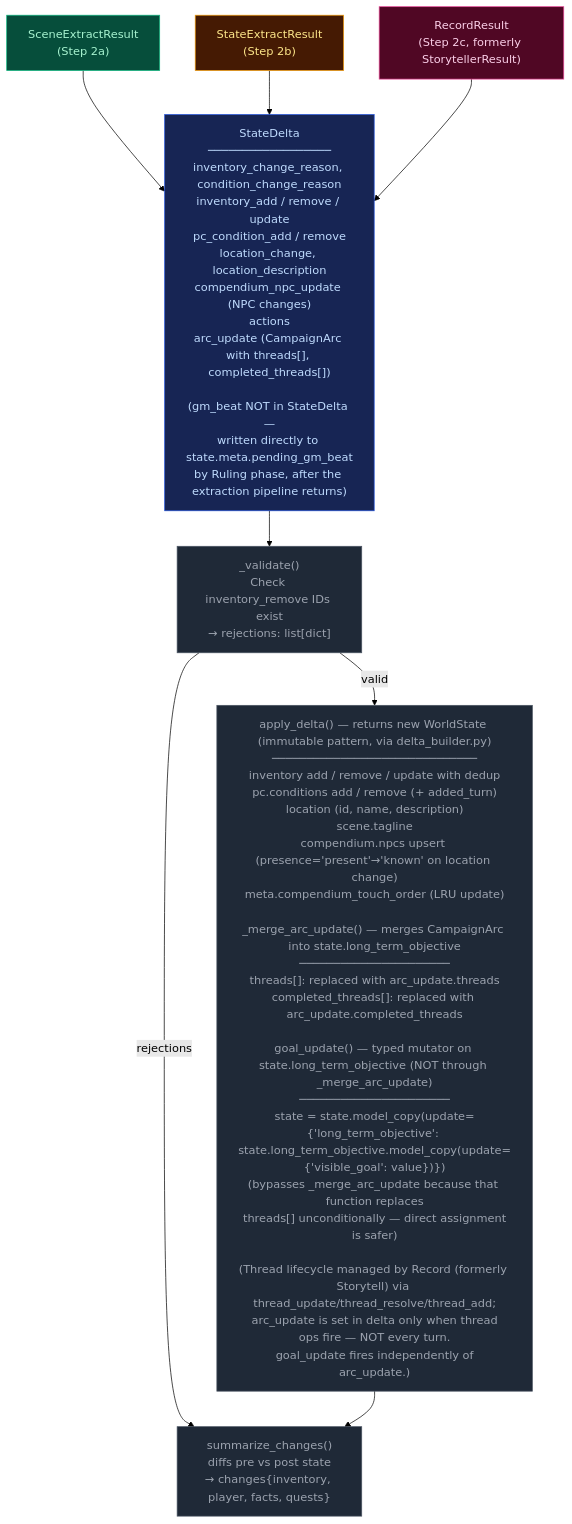
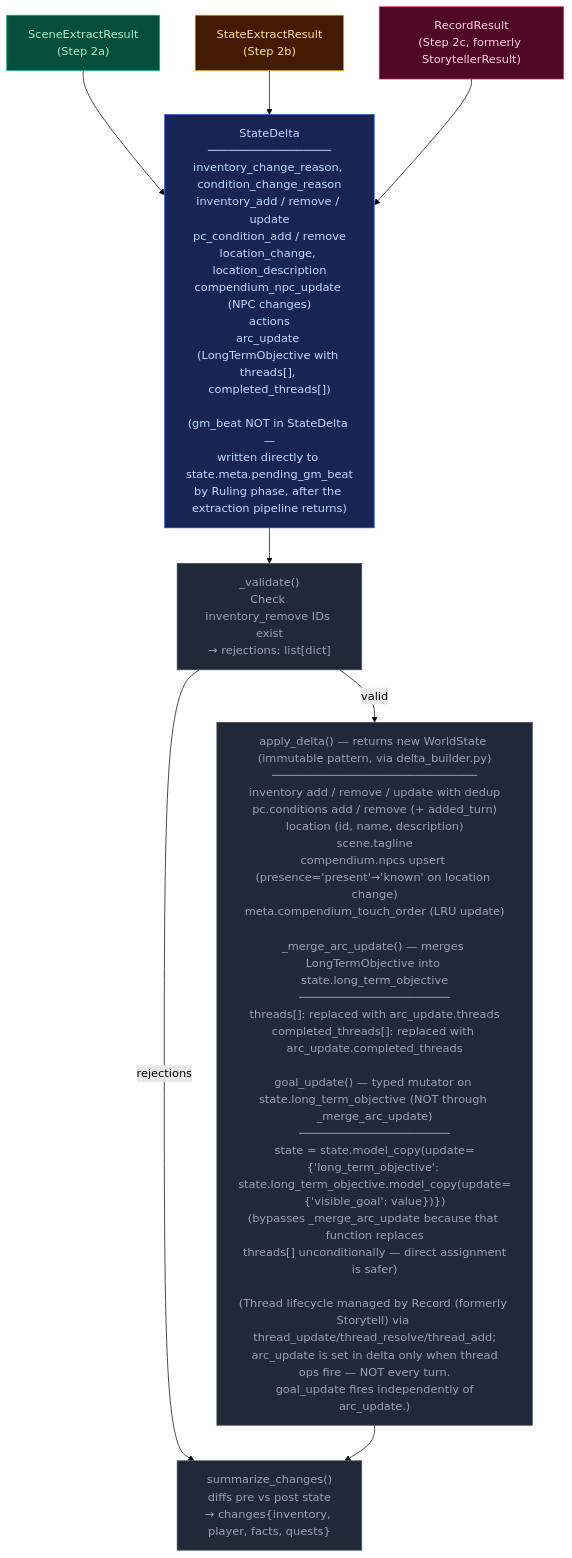
Before and after one commit to pww217/fablethread: the diagram in docs/architecture/delta-validate.md, drawn with Mermaid (forest theme). The commit also changed 5 other files, not shown here.

First line of the commit message:
docs: update CampaignArc→LongTermObjective and storytell_system→record_system references

````diff
--- a/docs/architecture/delta-validate.md
+++ b/docs/architecture/delta-validate.md
@@ -7,28 +7,28 @@
 ```mermaid
 flowchart TD
     classDef stageScene    fill:#064e3b,color:#a7f3d0,stroke:#10b981
     classDef stageState    fill:#451a03,color:#fde68a,stroke:#f59e0b
     classDef stageProgress fill:#500724,color:#fbcfe8,stroke:#ec4899
     classDef pyNode        fill:#1f2937,color:#9ca3af,stroke:#4b5563
     classDef mergeNode     fill:#172554,color:#bfdbfe,stroke:#1d4ed8
 
     SR1["SceneExtractResult<br>(Step 2a)"]:::stageScene
     SR2["StateExtractResult<br>(Step 2b)"]:::stageState
     SR3["RecordResult<br>(Step 2c, formerly StorytellerResult)"]:::stageProgress
 
-    MERGE["StateDelta<br>──────────────────<br>inventory_change_reason, condition_change_reason<br>inventory_add / remove / update<br>pc_condition_add / remove<br>location_change, location_description<br>compendium_npc_update (NPC changes)<br>actions<br>arc_update (CampaignArc with threads[], completed_threads[])<br><br>(gm_beat NOT in StateDelta —<br>written directly to state.meta.pending_gm_beat<br>by Ruling phase, after the extraction pipeline returns)"]:::mergeNode
+    MERGE["StateDelta<br>──────────────────<br>inventory_change_reason, condition_change_reason<br>inventory_add / remove / update<br>pc_condition_add / remove<br>location_change, location_description<br>compendium_npc_update (NPC changes)<br>actions<br>arc_update (LongTermObjective with threads[], completed_threads[])<br><br>(gm_beat NOT in StateDelta —<br>written directly to state.meta.pending_gm_beat<br>by Ruling phase, after the extraction pipeline returns)"]:::mergeNode
 
     VALIDATE["_validate()<br>Check inventory_remove IDs exist<br>→ rejections: list[dict]"]:::pyNode
 
-    APPLY["apply_delta() — returns new WorldState (immutable pattern, via delta_builder.py)<br>──────────────────────────────<br>inventory add / remove / update with dedup<br>pc.conditions add / remove (+ added_turn)<br>location (id, name, description)<br>scene.tagline<br>compendium.npcs upsert (presence='present'→'known' on location change)<br>meta.compendium_touch_order (LRU update)<br><br>_merge_arc_update() — merges CampaignArc into state.long_term_objective<br>──────────────────────<br>threads[]: replaced with arc_update.threads<br>completed_threads[]: replaced with arc_update.completed_threads<br><br>goal_update() — typed mutator on state.long_term_objective (NOT through _merge_arc_update)<br>──────────────────────<br>state = state.model_copy(update={'long_term_objective': state.long_term_objective.model_copy(update={'visible_goal': value})})<br>(bypasses _merge_arc_update because that function replaces<br> threads[] unconditionally — direct assignment is safer)<br><br>(Thread lifecycle managed by Record (formerly Storytell) via thread_update/thread_resolve/thread_add;<br> arc_update is set in delta only when thread ops fire — NOT every turn.<br> goal_update fires independently of arc_update.)"]:::pyNode
+    APPLY["apply_delta() — returns new WorldState (immutable pattern, via delta_builder.py)<br>──────────────────────────────<br>inventory add / remove / update with dedup<br>pc.conditions add / remove (+ added_turn)<br>location (id, name, description)<br>scene.tagline<br>compendium.npcs upsert (presence='present'→'known' on location change)<br>meta.compendium_touch_order (LRU update)<br><br>_merge_arc_update() — merges LongTermObjective into state.long_term_objective<br>──────────────────────<br>threads[]: replaced with arc_update.threads<br>completed_threads[]: replaced with arc_update.completed_threads<br><br>goal_update() — typed mutator on state.long_term_objective (NOT through _merge_arc_update)<br>──────────────────────<br>state = state.model_copy(update={'long_term_objective': state.long_term_objective.model_copy(update={'visible_goal': value})})<br>(bypasses _merge_arc_update because that function replaces<br> threads[] unconditionally — direct assignment is safer)<br><br>(Thread lifecycle managed by Record (formerly Storytell) via thread_update/thread_resolve/thread_add;<br> arc_update is set in delta only when thread ops fire — NOT every turn.<br> goal_update fires independently of arc_update.)"]:::pyNode
 
     DIFF["summarize_changes()<br>diffs pre vs post state<br>→ changes{inventory, player, facts, quests}"]:::pyNode
 
     SR1 --> MERGE
     SR2 --> MERGE
     SR3 --> MERGE
     MERGE --> VALIDATE
     VALIDATE -- "valid" --> APPLY
     VALIDATE -- "rejections" --> DIFF
     APPLY --> DIFF
 ```
````
